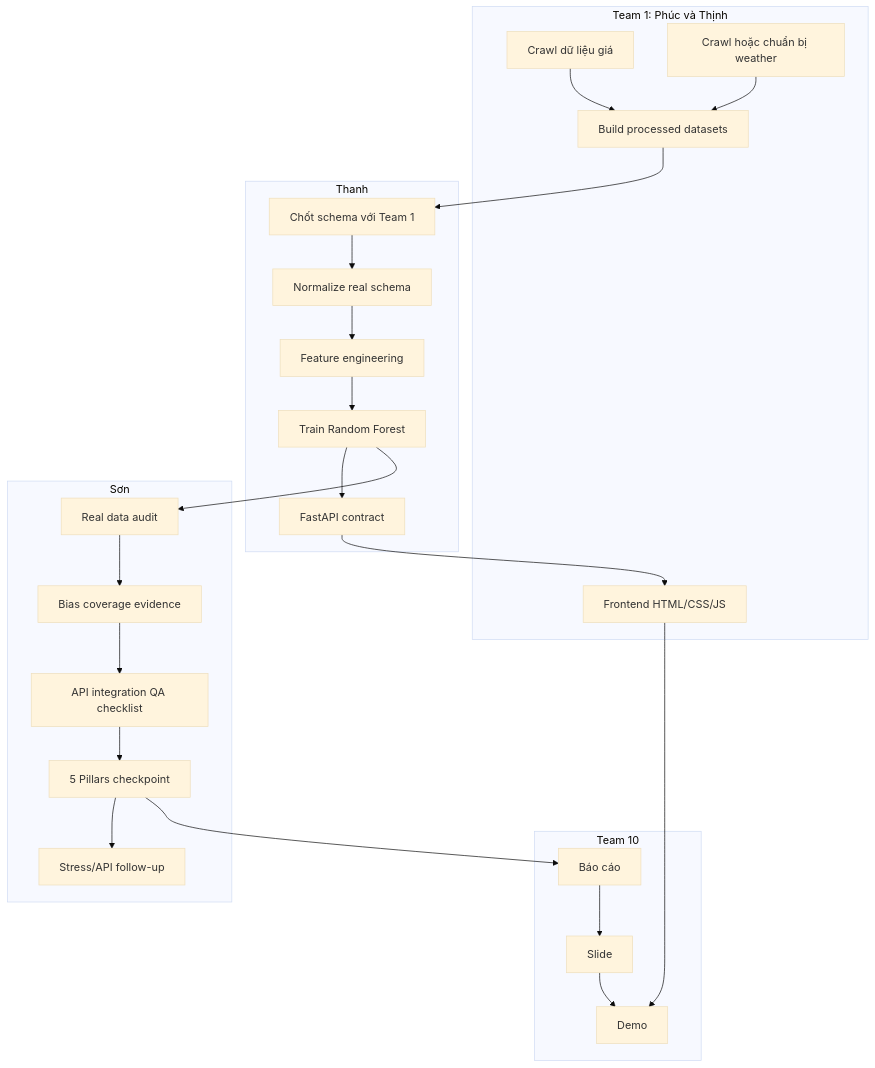
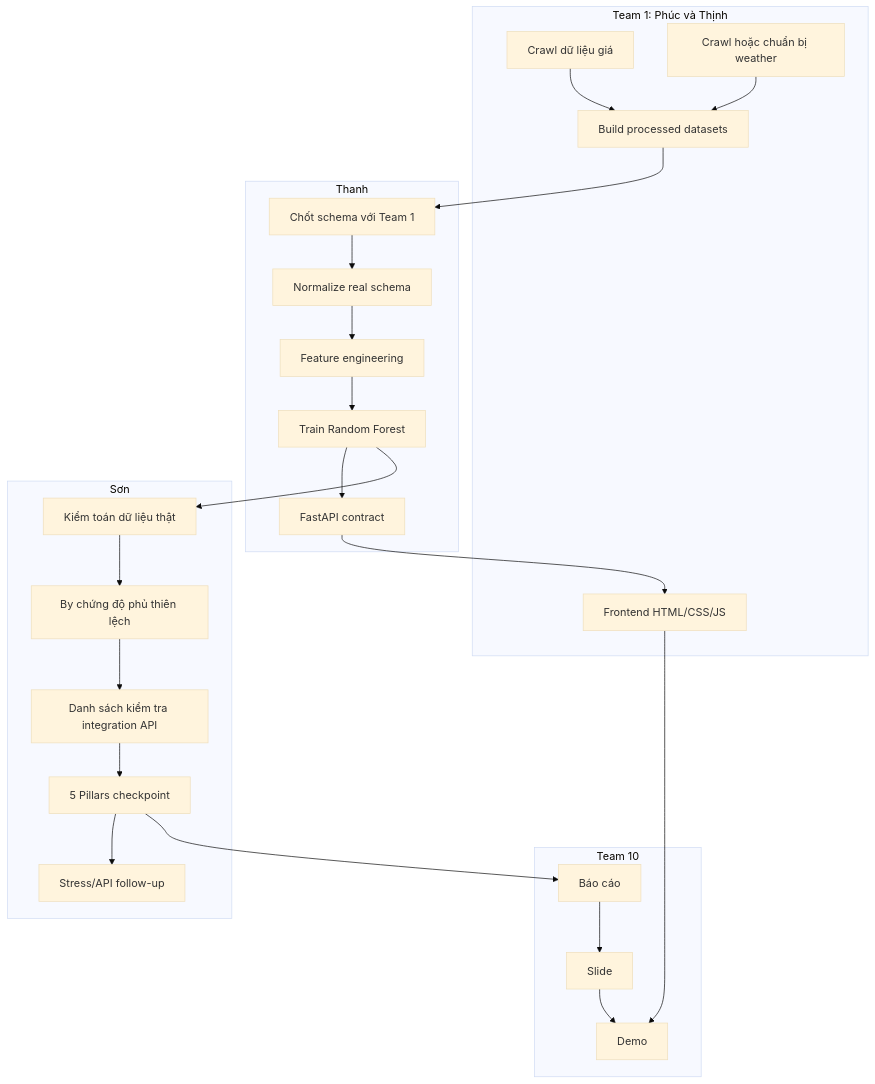
Before and after one commit to uit-25730067-chithanh/AI002-Team22-DT10: the fourth of 8 diagrams in docs/project-roadmap.md, drawn with Mermaid (base theme). The commit also changed other lines of this file and 2 other files, not shown here.

First line of the commit message:
docs(core): update README, codebase summary and project roadmap

````diff
--- a/docs/project-roadmap.md
+++ b/docs/project-roadmap.md
@@ -102,41 +102,41 @@
 ```mermaid
 flowchart TD
     subgraph T1[Team 1: Phúc và Thịnh]
         A1[Crawl dữ liệu giá]
         A2[Crawl hoặc chuẩn bị weather]
         A3[Build processed datasets]
         A4[Frontend HTML/CSS/JS]
     end
 
     subgraph Thanh[Thanh]
         B1[Chốt schema với Team 1]
         B2[Normalize real schema]
         B3[Feature engineering]
         B4[Train Random Forest]
         B5[FastAPI contract]
     end
 
     subgraph Son[Sơn]
-        C1[Real data audit]
-        C2[Bias coverage evidence]
-        C3[API integration QA checklist]
+        C1[Kiểm toán dữ liệu thật]
+        C2[By chứng độ phủ thiên lệch]
+        C3[Danh sách kiểm tra integration API]
         C4[5 Pillars checkpoint]
         C5[Stress/API follow-up]
     end
 
     subgraph Team[Team 10]
         D1[Báo cáo]
         D2[Slide]
         D3[Demo]
     end
 
     A1 --> A3
     A2 --> A3
     A3 --> B1
     B1 --> B2 --> B3 --> B4 --> B5
     B4 --> C1 --> C2 --> C3 --> C4 --> C5
     B5 --> A4
     C4 --> D1
     A4 --> D3
     D1 --> D2 --> D3
 ```
````
